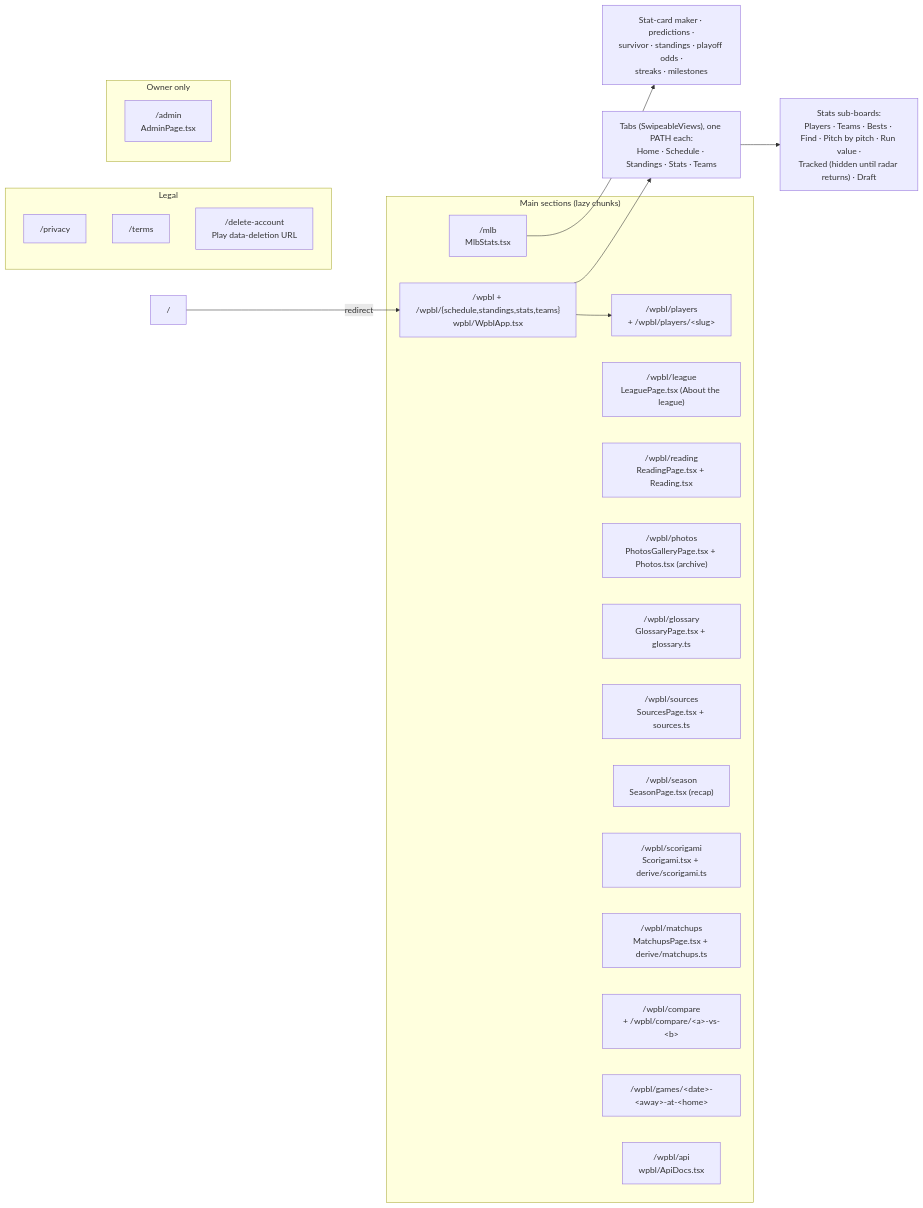
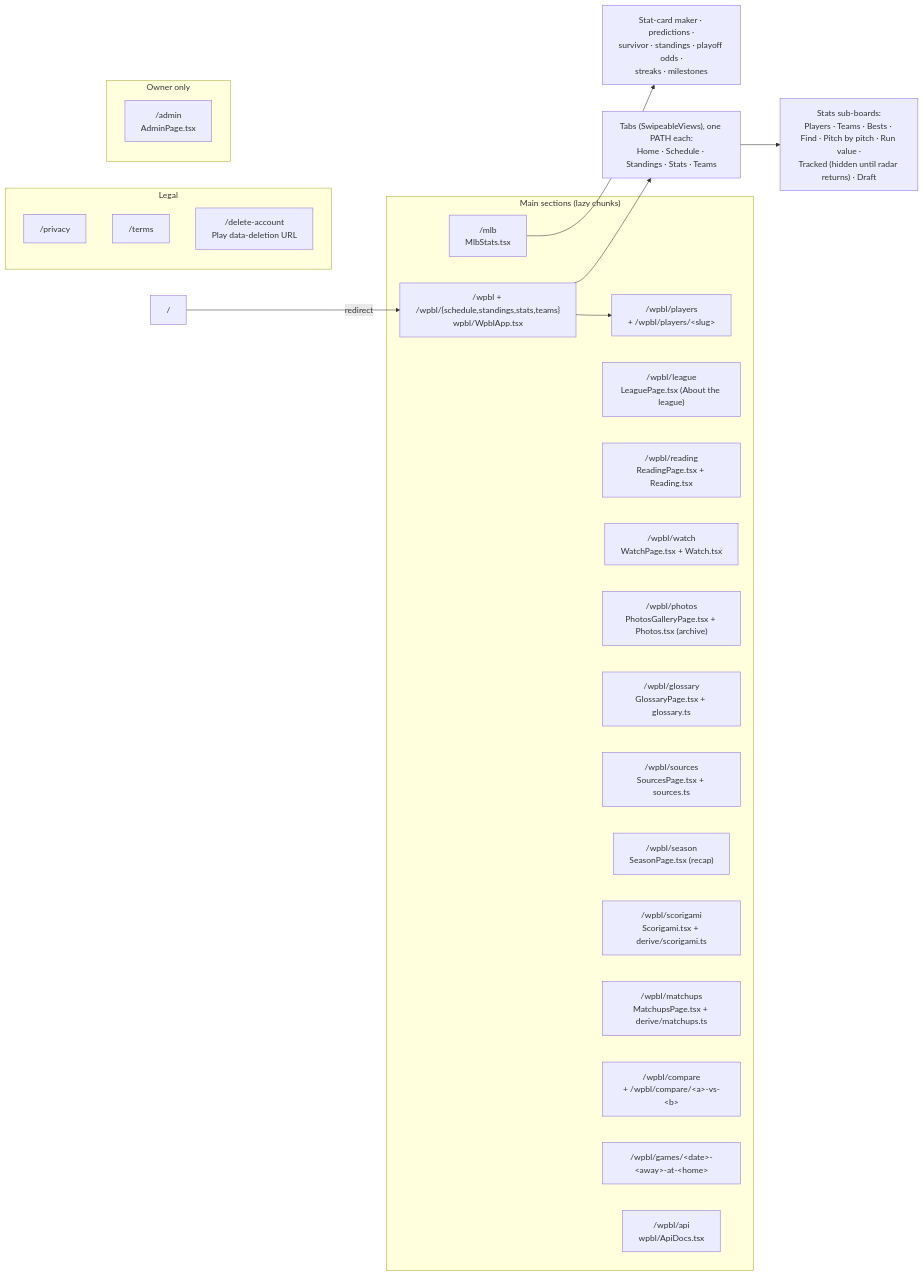
Before and after one commit to sportydolphin/fun: the second of 5 diagrams in ARCHITECTURE.md, drawn with Mermaid. The commit also changed other lines of this file and 24 other files, not shown here.

````diff
--- a/ARCHITECTURE.md
+++ b/ARCHITECTURE.md
@@ -98,35 +98,36 @@
 ```mermaid
 flowchart LR
     subgraph Main["Main sections (lazy chunks)"]
         mlb["/mlb<br/>MlbStats.tsx"]
         wpbl["/wpbl + /wpbl/{schedule,standings,stats,teams}<br/>wpbl/WpblApp.tsx"]
         wplayers["/wpbl/players<br/>+ /wpbl/players/&lt;slug&gt;"]
         wleague["/wpbl/league<br/>LeaguePage.tsx (About the league)"]
         wreading["/wpbl/reading<br/>ReadingPage.tsx + Reading.tsx"]
+        wwatch["/wpbl/watch<br/>WatchPage.tsx + Watch.tsx"]
         wphotos["/wpbl/photos<br/>PhotosGalleryPage.tsx + Photos.tsx (archive)"]
         wgloss["/wpbl/glossary<br/>GlossaryPage.tsx + glossary.ts"]
         wsrc["/wpbl/sources<br/>SourcesPage.tsx + sources.ts"]
         wseason["/wpbl/season<br/>SeasonPage.tsx (recap)"]
         wscori["/wpbl/scorigami<br/>Scorigami.tsx + derive/scorigami.ts"]
         wmatch["/wpbl/matchups<br/>MatchupsPage.tsx + derive/matchups.ts"]
         wcmp["/wpbl/compare<br/>+ /wpbl/compare/&lt;a&gt;-vs-&lt;b&gt;"]
         wgames["/wpbl/games/&lt;date&gt;-&lt;away&gt;-at-&lt;home&gt;"]
         api["/wpbl/api<br/>wpbl/ApiDocs.tsx"]
     end
 
     subgraph Legal["Legal"]
         priv["/privacy"]
         terms["/terms"]
         del["/delete-account<br/>Play data-deletion URL"]
     end
 
     subgraph Owner["Owner only"]
         adm["/admin<br/>AdminPage.tsx"]
     end
 
     root["/"] -->|redirect| wpbl
     wpbl --> wtabs["Tabs (SwipeableViews), one PATH each:<br/>Home · Schedule · Standings · Stats · Teams"]
     wtabs --> wstats["Stats sub-boards:<br/>Players · Teams · Bests · Find · Pitch by pitch · Run value ·<br/>Tracked (hidden until radar returns) · Draft"]
     wpbl --> wplayers
     mlb --> mtabs["Stat-card maker · predictions ·<br/>survivor · standings · playoff odds ·<br/>streaks · milestones"]
 ```
````
